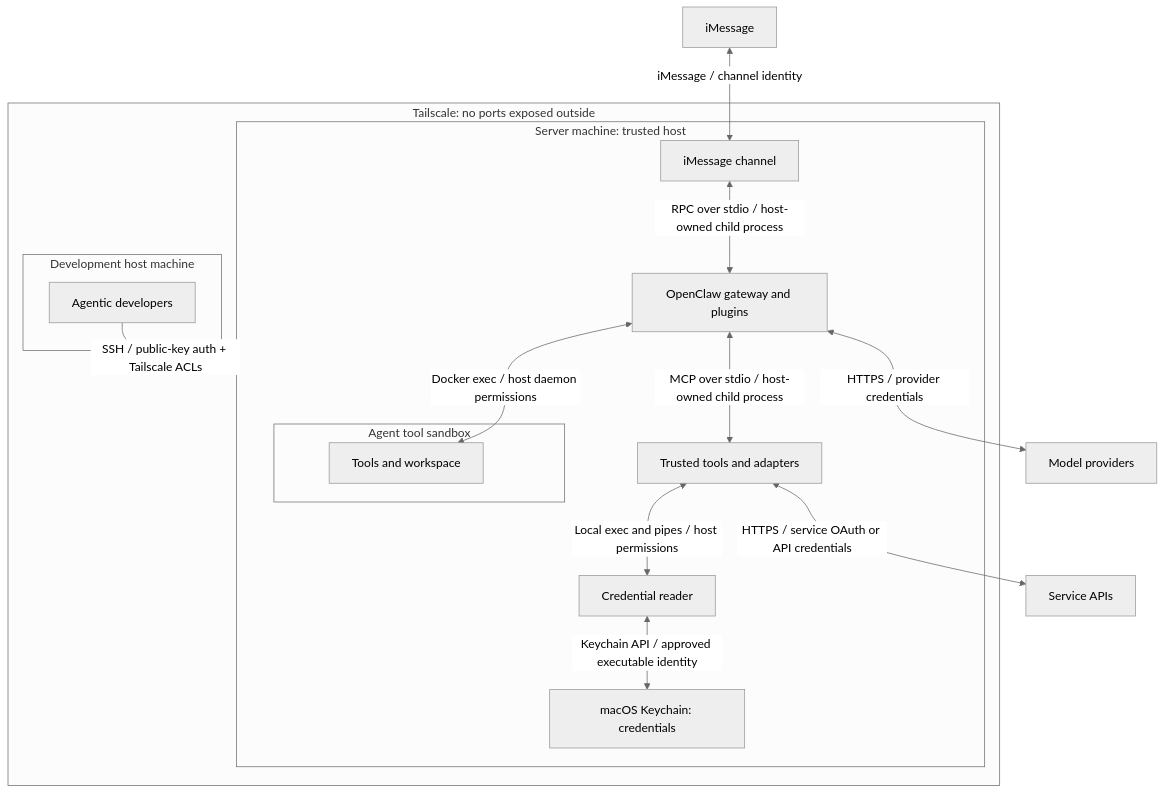
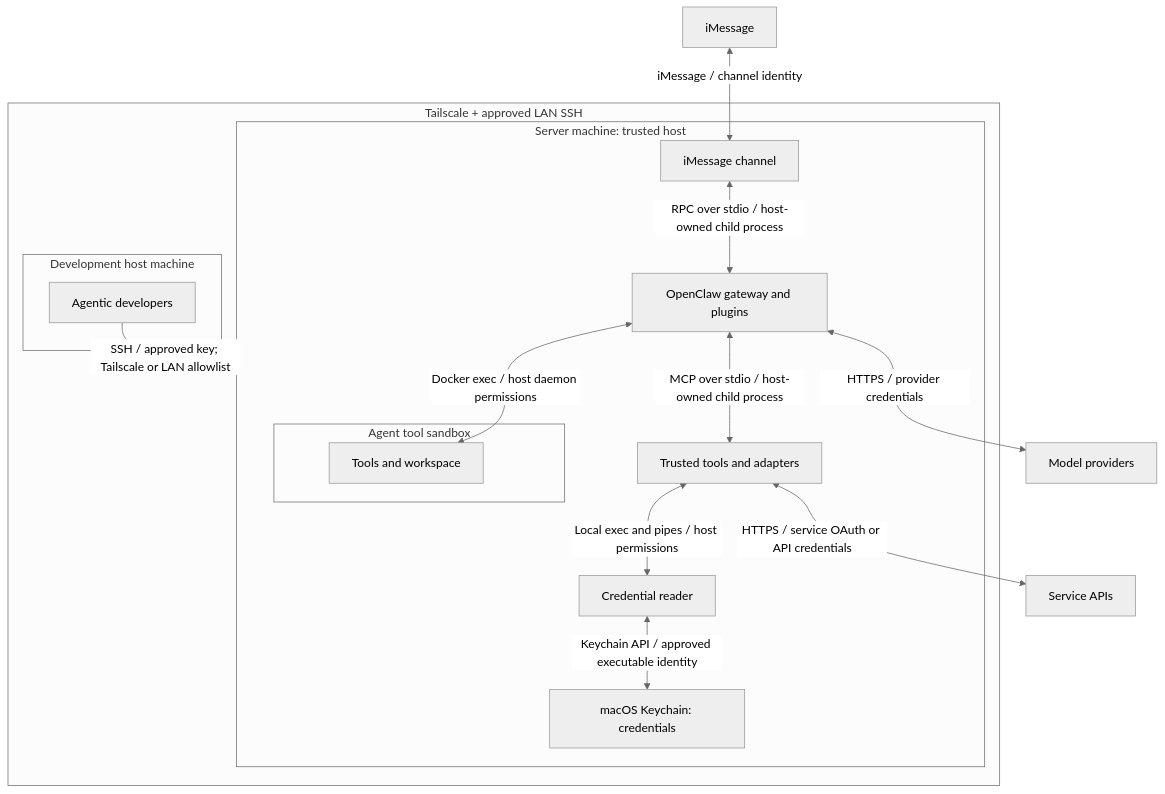
The first of 5 diagrams in docs/openclaw-setup/security-architecture.md (coletaylor788/puddles), drawn with Mermaid (neutral theme) before and after one commit. The commit also changed other lines of this file and 1 other file, not shown here.

Commit message:
docs: allow approved LAN SSH for unattended development

````diff
--- a/docs/openclaw-setup/security-architecture.md
+++ b/docs/openclaw-setup/security-architecture.md
@@ -20,32 +21,32 @@
 ```mermaid
 flowchart TB
     Sender["iMessage"]
     APIs["Service APIs"]
     Models["Model providers"]
 
-    subgraph Tailnet["Tailscale: no ports exposed outside"]
+    subgraph Tailnet["Tailscale + approved LAN SSH"]
         subgraph DevMachine["Development host machine"]
             Developers["Agentic developers"]
         end
         subgraph Host["Server machine: trusted host"]
             Channel["iMessage channel"]
             Gateway["OpenClaw gateway and plugins"]
             Services["Trusted tools and adapters"]
             CredentialReader["Credential reader"]
             Keychain["macOS Keychain: credentials"]
             subgraph Sandbox["Agent tool sandbox"]
                 Tools["Tools and workspace"]
             end
         end
     end
 
-    Developers -->|"SSH / public-key auth + Tailscale ACLs"| Host
+    Developers -->|"SSH / approved key; Tailscale or LAN allowlist"| Host
     Sender <-->|"iMessage / channel identity"| Channel
     Channel <-->|"RPC over stdio / host-owned child process"| Gateway
     Gateway <-->|"Docker exec / host daemon permissions"| Tools
     Gateway <-->|"MCP over stdio / host-owned child process"| Services
     Services <-->|"Local exec and pipes / host permissions"| CredentialReader
     CredentialReader <-->|"Keychain API / approved executable identity"| Keychain
     Services <-->|"HTTPS / service OAuth or API credentials"| APIs
     Gateway <-->|"HTTPS / provider credentials"| Models
 ```
````
